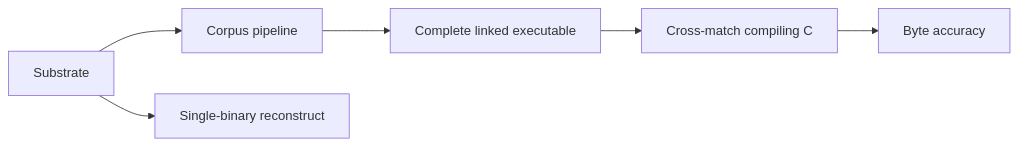
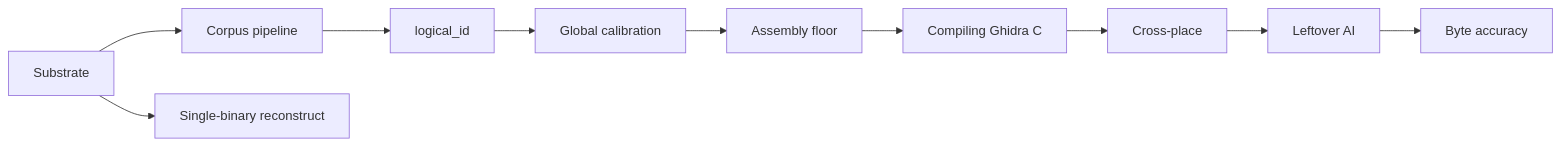
The diagram in CONCEPTS.md (bolabaden/AgentDecompile), drawn with Mermaid before and after one commit. The commit also changed other lines of this file and 518 other files, not shown here.

````diff
--- a/CONCEPTS.md
+++ b/CONCEPTS.md
@@ -5,8 +5,12 @@
 ```mermaid
 flowchart LR
   substrate[Substrate] --> corpus[Corpus pipeline]
   substrate --> reconstruct[Single-binary reconstruct]
-  corpus --> compile[Complete linked executable]
-  compile --> xmatch[Cross-match compiling C]
-  xmatch --> bytes[Byte accuracy]
+  corpus --> identity[logical_id]
+  identity --> calib[Global calibration]
+  calib --> floor[Assembly floor]
+  floor --> ghidra[Compiling Ghidra C]
+  ghidra --> xmatch[Cross-place]
+  xmatch --> leftover[Leftover AI]
+  leftover --> bytes[Byte accuracy]
 ```
````
